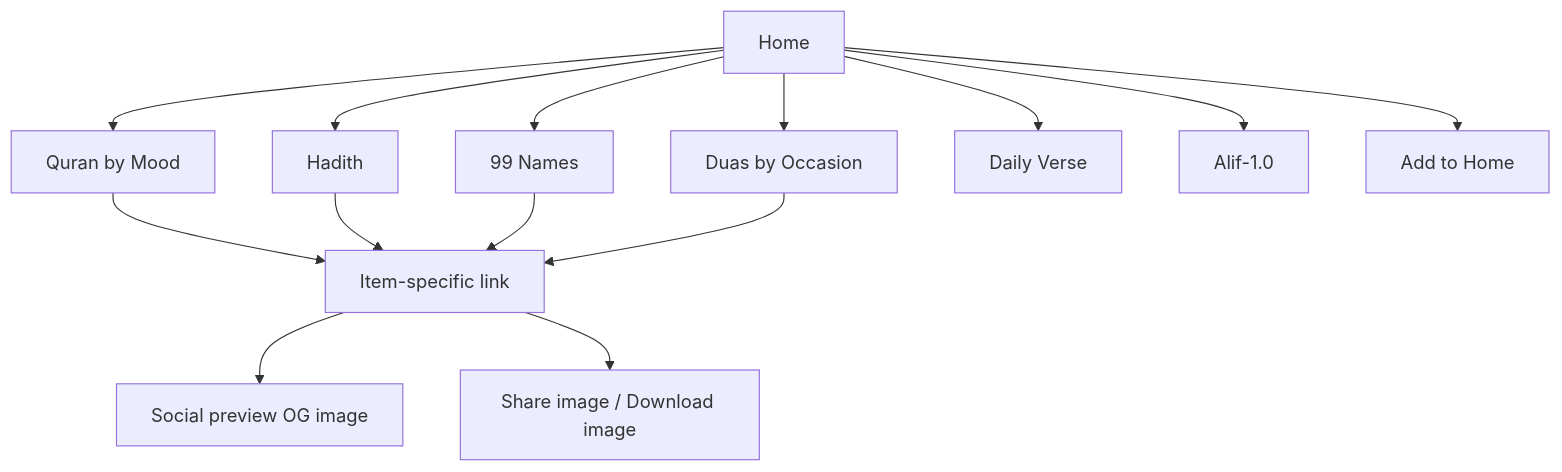
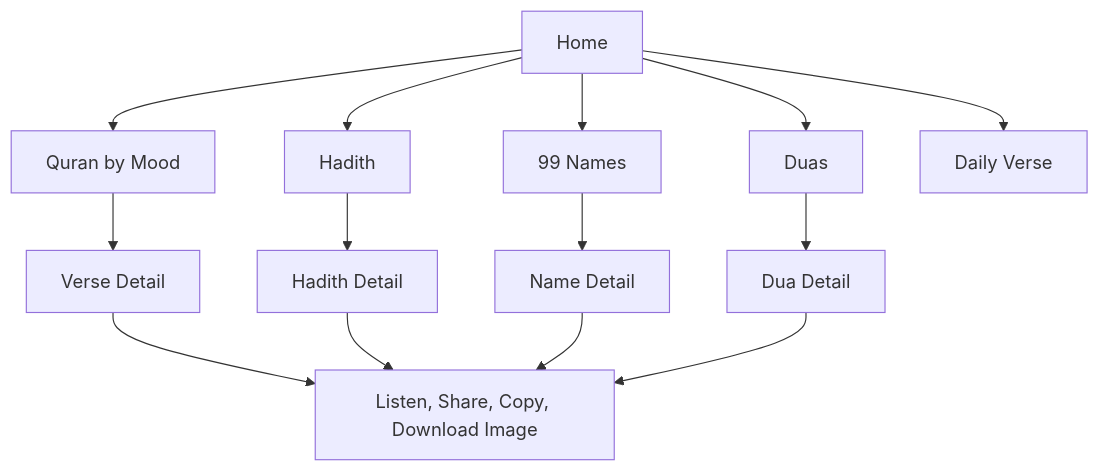
The diagram in README.md (moayaan1911/imanvibes), drawn with Mermaid before and after one commit. The commit also changed other lines of this file and 61 other files, not shown here.

````diff
--- a/README.md
+++ b/README.md
@@ -70,16 +171,16 @@
 ```mermaid
 flowchart TD
-  A[Home] --> B[Quran by Mood]
-  A --> C[Hadith]
-  A --> D[99 Names]
-  A --> Duas[Duas by Occasion]
-  A --> DV[Daily Verse]
-  A --> I[Alif-1.0]
-  B --> E[Item-specific link]
-  C --> E
-  D --> E
-  Duas --> E
-  E --> F[Social preview OG image]
-  E --> G[Share image / Download image]
-  A --> H[Add to Home]
+  A["Home"] --> B["Quran by Mood"]
+  A --> C["Hadith"]
+  A --> D["99 Names"]
+  A --> E["Duas"]
+  A --> F["Daily Verse"]
+  B --> G["Verse Detail"]
+  C --> H["Hadith Detail"]
+  D --> I["Name Detail"]
+  E --> J["Dua Detail"]
+  G --> K["Listen, Share, Copy, Download Image"]
+  H --> K
+  I --> K
+  J --> K
 ```
````
